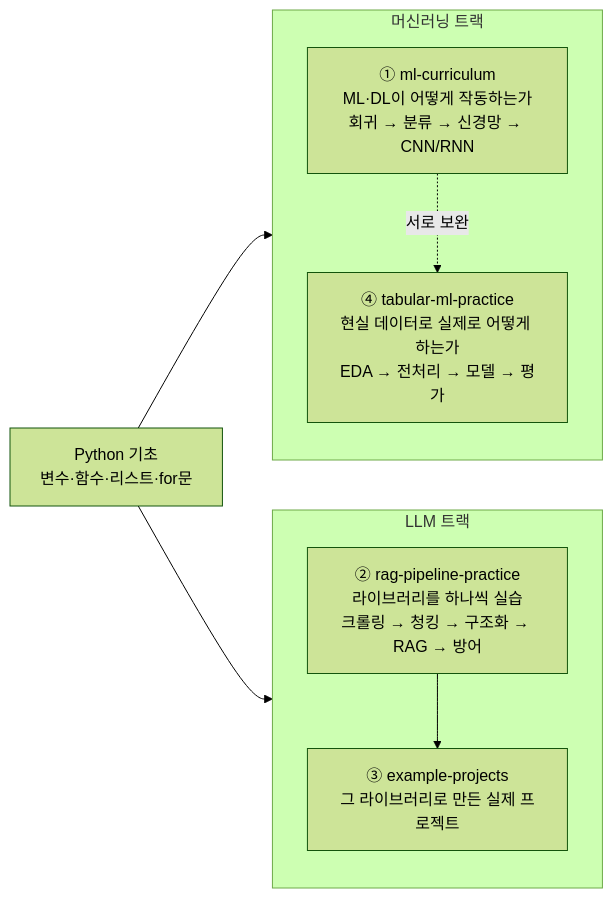
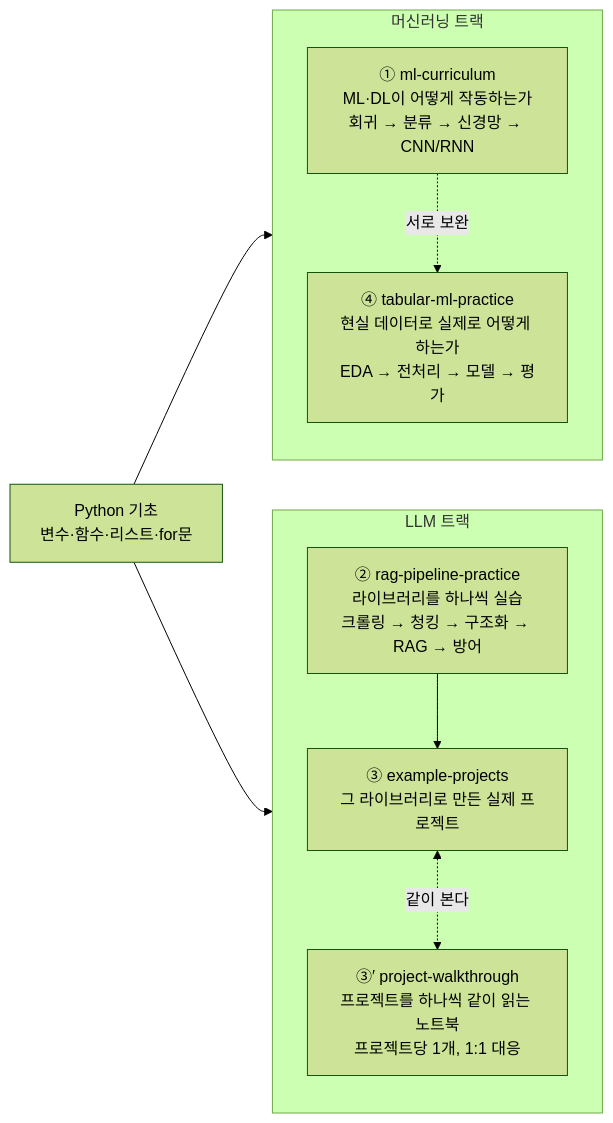
One commit to karzit/temp changed the diagram in README.md. Above: the diagram before and after it, drawn with Mermaid (forest theme). The commit also changed other lines of this file and 26 other files, not shown here.

````diff
--- a/README.md
+++ b/README.md
@@ -39,21 +45,23 @@
 ```mermaid
 flowchart LR
     P["Python 기초<br/>변수·함수·리스트·for문"]
 
     subgraph ML["머신러닝 트랙"]
         direction TB
         A["① ml-curriculum<br/>ML·DL이 어떻게 작동하는가<br/>회귀 → 분류 → 신경망 → CNN/RNN"]
         D["④ tabular-ml-practice<br/>현실 데이터로 실제로 어떻게 하는가<br/>EDA → 전처리 → 모델 → 평가"]
         A -. 서로 보완 .-> D
     end
 
     subgraph LLM["LLM 트랙"]
         direction TB
         B["② rag-pipeline-practice<br/>라이브러리를 하나씩 실습<br/>크롤링 → 청킹 → 구조화 → RAG → 방어"]
         C["③ example-projects<br/>그 라이브러리로 만든 실제 프로젝트"]
+        W["③′ project-walkthrough<br/>프로젝트를 하나씩 같이 읽는 노트북<br/>프로젝트당 1개, 1:1 대응"]
         B --> C
+        C <-. 같이 본다 .-> W
     end
 
     P --> ML
     P --> LLM
 ```
````
